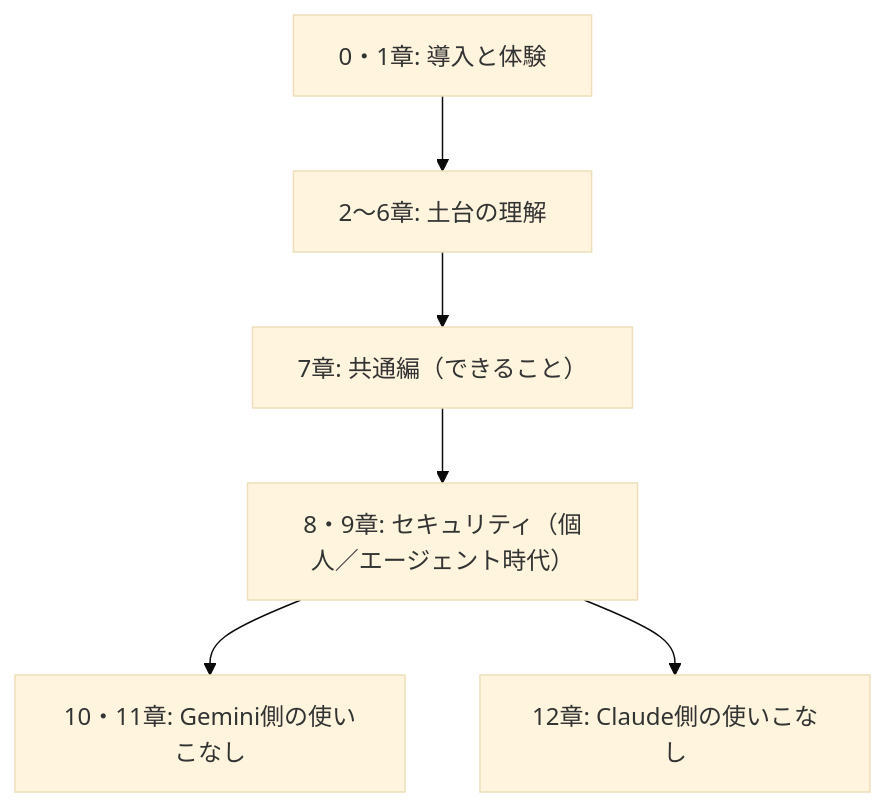
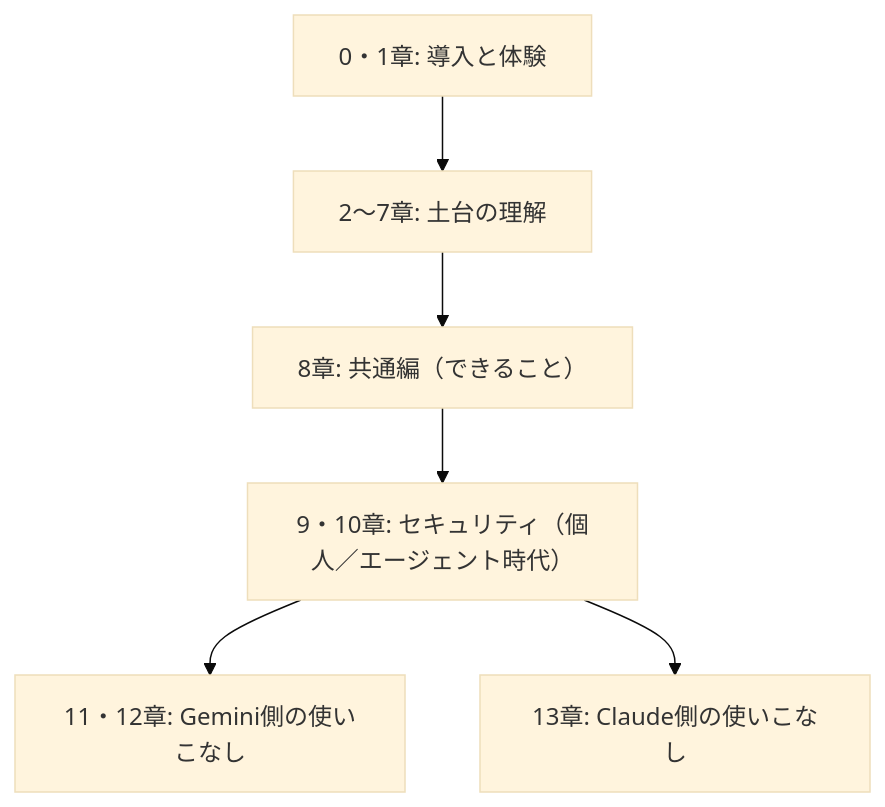
One commit to ma2saka/docs-claude-sample changed the diagram in docs/00-overview.md. Above: the diagram before and after it, drawn with Mermaid (base theme). The commit also changed other lines of this file and 17 other files, not shown here.

````diff
--- a/docs/00-overview.md
+++ b/docs/00-overview.md
@@ -42,8 +42,8 @@
 ```mermaid
 flowchart TB
-    A["0・1章: 導入と体験"] --> B["2〜6章: 土台の理解"]
-    B --> C["7章: 共通編（できること）"]
-    C --> F["8・9章: セキュリティ（個人／エージェント時代）"]
-    F --> D["10・11章: Gemini側の使いこなし"]
-    F --> E["12章: Claude側の使いこなし"]
+    A["0・1章: 導入と体験"] --> B["2〜7章: 土台の理解"]
+    B --> C["8章: 共通編（できること）"]
+    C --> F["9・10章: セキュリティ（個人／エージェント時代）"]
+    F --> D["11・12章: Gemini側の使いこなし"]
+    F --> E["13章: Claude側の使いこなし"]
 ```
````
